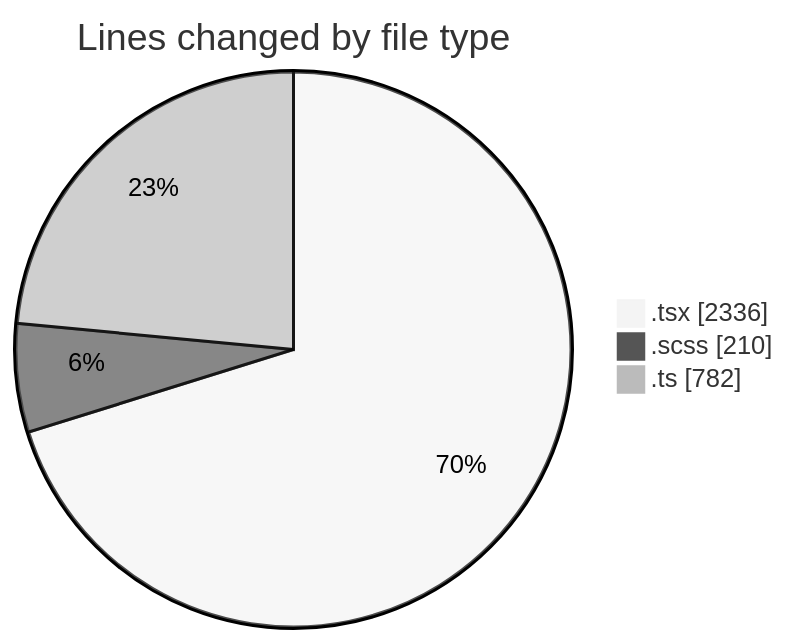
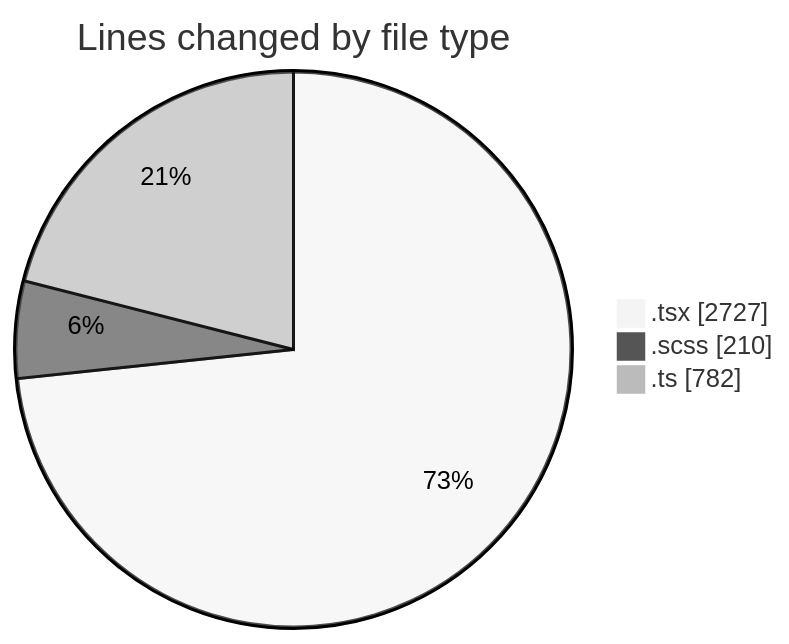
One commit to momahboobian/code-tracking changed the first of 2 diagrams in 2026-05-11/cda/README.md. Above: the diagram before and after it, drawn with Mermaid (neutral theme). The commit also changed other lines of this file and 1 other file, not shown here.

````diff
--- a/2026-05-11/cda/README.md
+++ b/2026-05-11/cda/README.md
@@ -41,7 +43,7 @@
 ```mermaid
 pie showData
 title Lines changed by file type
-".tsx" : 2336
+".tsx" : 2727
 ".scss" : 210
 ".ts" : 782
 ```
````
